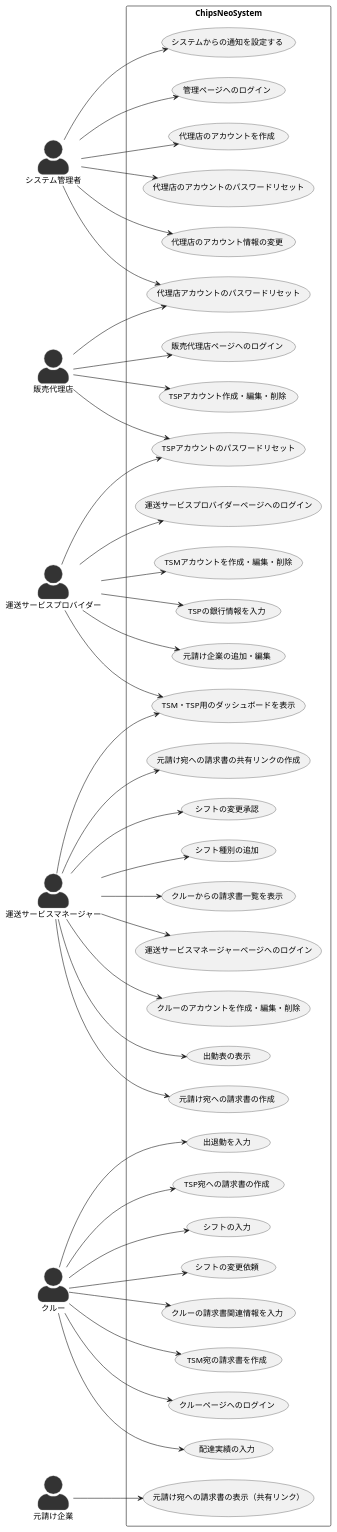
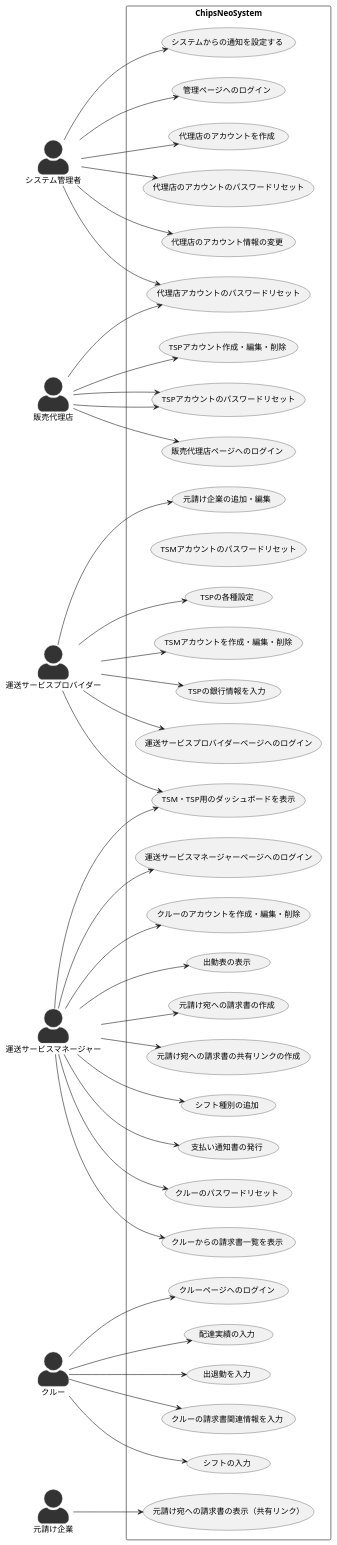
One commit to IsseiClockWise/NeoMaterials changed the diagram in requirement/usecase.md. Above: the diagram before and after it, drawn with PlantUML. The commit also changed other lines of this file, not shown here.

```diff
--- a/requirement/usecase.md
+++ b/requirement/usecase.md
@@ -28,6 +28,7 @@
     usecase "TSPアカウント作成・編集・削除"
     usecase "TSPアカウントのパスワードリセット"
     usecase "TSMアカウントを作成・編集・削除"
+    usecase "TSMアカウントのパスワードリセット"
     usecase "TSPの銀行情報を入力"
     usecase "運送サービスマネージャーページへのログイン"
     usecase "クルーのアカウントを作成・編集・削除"
@@ -37,18 +38,18 @@
     usecase "元請け宛への請求書の共有リンクの作成"
     usecase "元請け宛への請求書の表示（共有リンク）"
     usecase "シフトの入力"
-    usecase "シフトの変更依頼"
-    usecase "シフトの変更承認"
-    usecase "TSM宛の請求書を作成"
     usecase "配達実績の入力"
     usecase "出退勤を入力"
-    usecase "TSP宛への請求書の作成"
     usecase "クルーの請求書関連情報を入力"
     usecase "シフト種別の追加"
     usecase "システムからの通知を設定する"
     usecase "TSM・TSP用のダッシュボードを表示"
     usecase "クルーからの請求書一覧を表示"
     usecase "出勤表の表示"
+    usecase "支払い通知書の発行"
+    usecase "クルーのパスワードリセット"
+    usecase "TSPの各種設定"
+
 }
 
 
@@ -64,33 +65,32 @@
 sales_agent --> "代理店アカウントのパスワードリセット"
 sales_agent --> "TSPアカウントのパスワードリセット"
 
-trans_service_provider --> "TSPアカウントのパスワードリセット"
+sales_agent --> "TSPアカウントのパスワードリセット"
 
 trans_service_provider --> "運送サービスプロバイダーページへのログイン"
 
 trans_service_provider --> "TSMアカウントを作成・編集・削除"
 trans_service_provider --> "TSPの銀行情報を入力"
 trans_service_provider --> "元請け企業の追加・編集"
+trans_service_provider --> "TSPの各種設定"
 
 trans_service_manager --> "運送サービスマネージャーページへのログイン"
 trans_service_manager --> "TSM・TSP用のダッシュボードを表示"
 trans_service_provider --> "TSM・TSP用のダッシュボードを表示"
 trans_service_manager --> "クルーのアカウントを作成・編集・削除"
 trans_service_manager --> "元請け宛への請求書の作成"
-trans_service_manager --> "シフトの変更承認"
+
 trans_service_manager --> "元請け宛への請求書の共有リンクの作成"
 trans_service_manager --> "シフト種別の追加"
 trans_service_manager --> "クルーからの請求書一覧を表示"
 trans_service_manager --> "出勤表の表示"
-
+trans_service_manager --> "支払い通知書の発行"
+trans_service_manager --> "クルーのパスワードリセット"
 
 crew --> "クルーページへのログイン"
 crew --> "シフトの入力"
-crew --> "シフトの変更依頼"
-crew --> "TSM宛の請求書を作成"
 crew --> "出退勤を入力"
 crew --> "配達実績の入力"
-crew --> "TSP宛への請求書の作成"
 crew --> "クルーの請求書関連情報を入力"
 
 prime_contractor --> "元請け宛への請求書の表示（共有リンク）"
```
